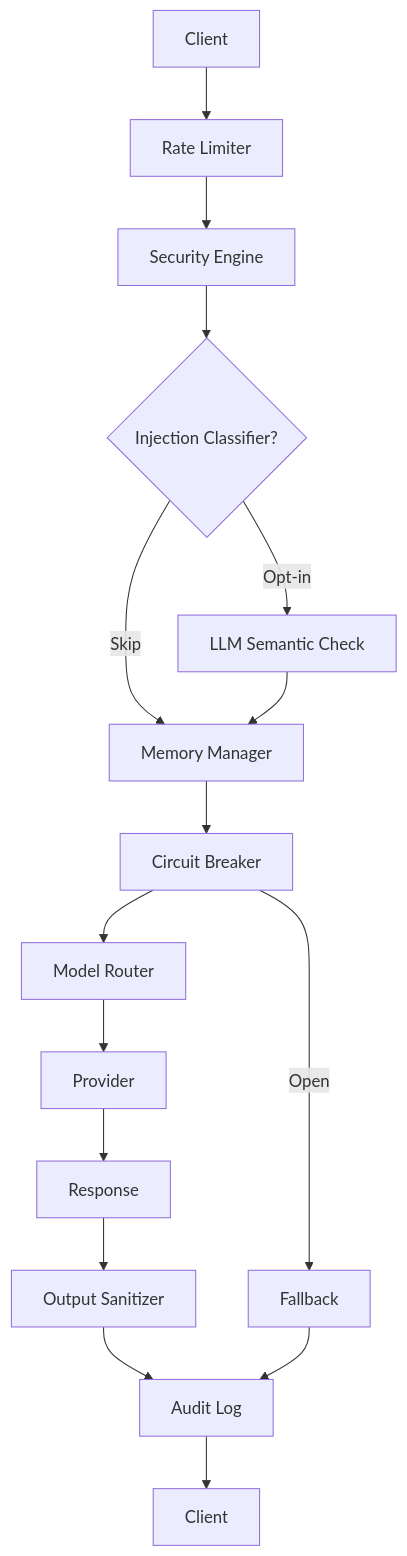
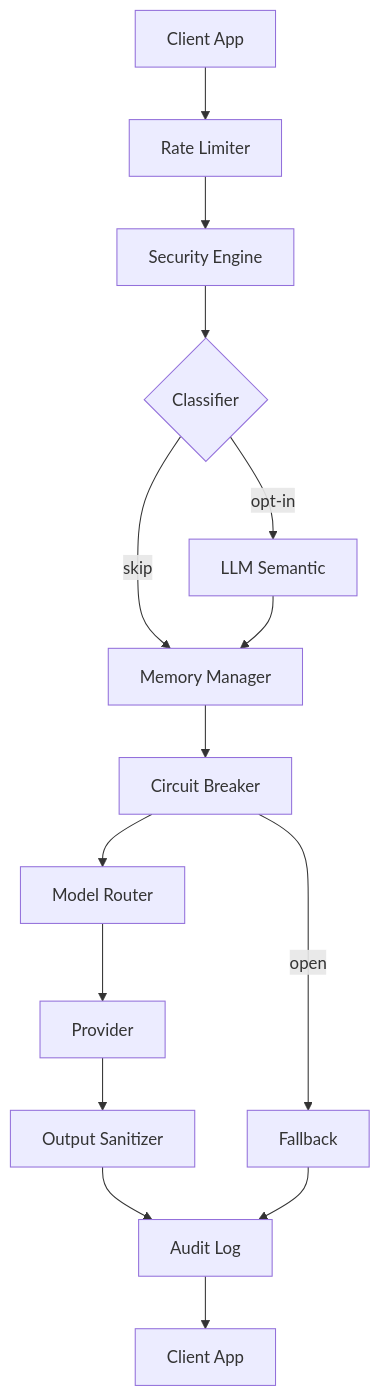
Before and after one commit to sh0-dax/Brompt: the diagram in README.md, drawn with Mermaid. The commit also changed 5 other files, not shown here.

First line of the commit message:
feat: wire optimized prompt to provider, add real token accounting and per-model pricing

````diff
--- a/README.md
+++ b/README.md
@@ -80,18 +80,17 @@
 ```mermaid
 graph TD
-    A[Client] --> B[Rate Limiter]
-    B --> C[Security Engine]
-    C --> D{Injection Classifier?}
-    D -->|Opt-in| E[LLM Semantic Check]
-    D -->|Skip| F[Memory Manager]
+    A["Client App"] --> B["Rate Limiter"]
+    B --> C["Security Engine"]
+    C --> D{"Classifier"}
+    D -->|opt-in| E["LLM Semantic"]
+    D -->|skip| F["Memory Manager"]
     E --> F
-    F --> G[Circuit Breaker]
-    G --> H[Model Router]
-    H --> I[Provider]
-    I --> J[Response]
-    J --> K[Output Sanitizer]
-    K --> L[Audit Log]
-    L --> M[Client]
-    G -->|Open| N[Fallback]
+    F --> G["Circuit Breaker"]
+    G --> H["Model Router"]
+    H --> I["Provider"]
+    I --> K["Output Sanitizer"]
+    K --> L["Audit Log"]
+    L --> M["Client App"]
+    G -->|open| N["Fallback"]
     N --> L
 ```
````
